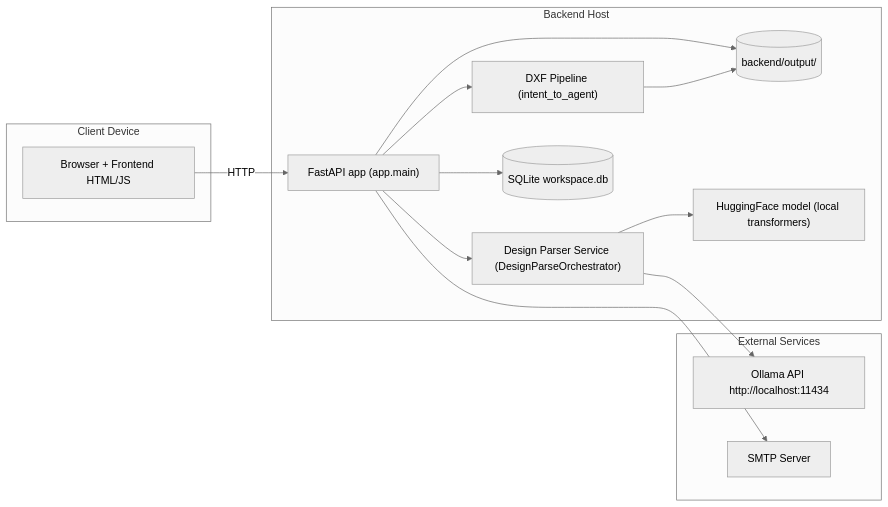
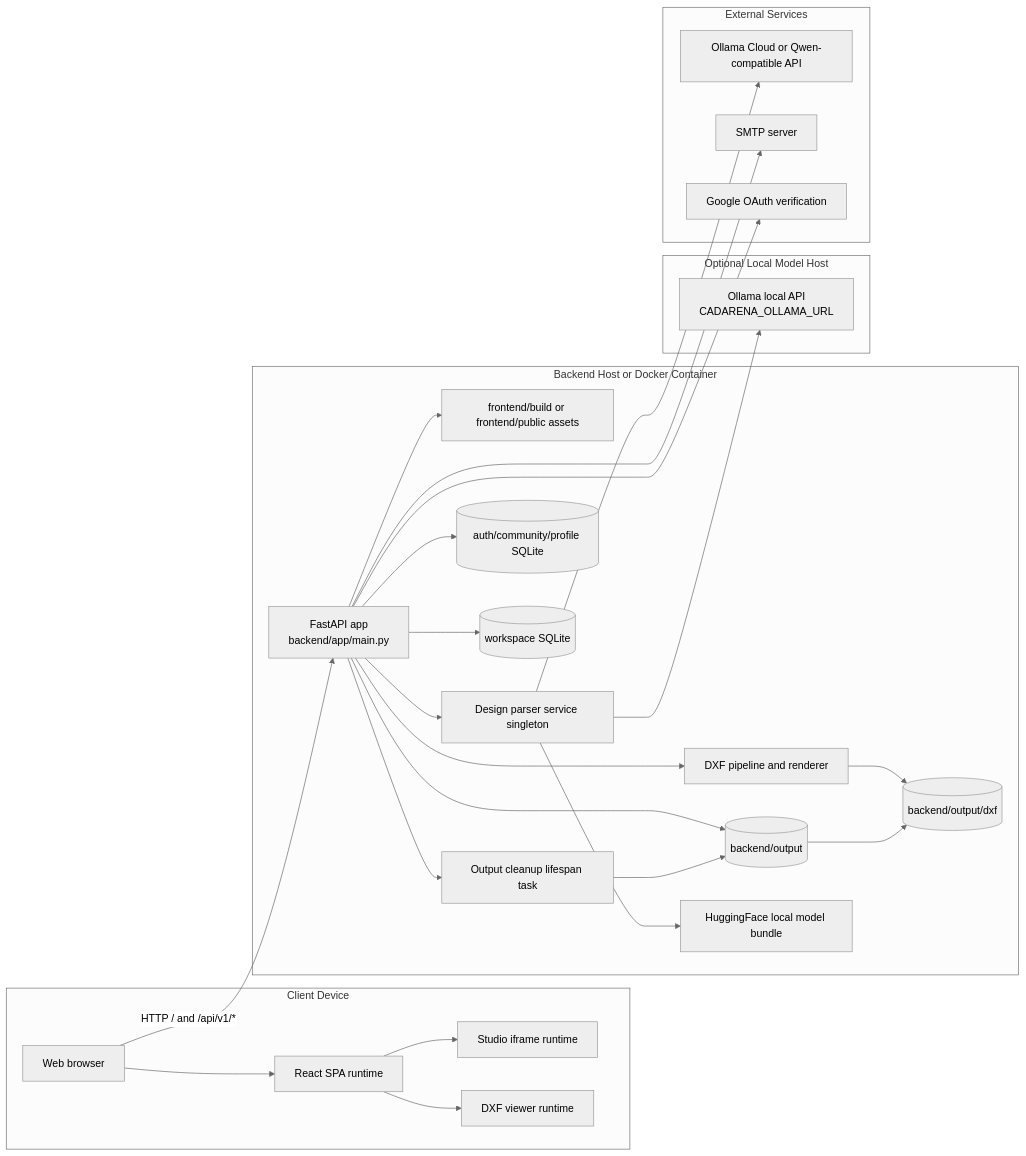
Before and after one commit to Youssefx64/CadArena: the diagram in docs/uml/structure/13_deployment_diagram.md, drawn with Mermaid (neutral theme). The commit also changed other lines of this file and 13 other files, not shown here.

````diff
--- a/docs/uml/structure/13_deployment_diagram.md
+++ b/docs/uml/structure/13_deployment_diagram.md
@@ -8,32 +8,55 @@
 ```mermaid
 flowchart LR
-    subgraph CLIENT["Client Device"]
-        BROWSER["Browser + Frontend HTML/JS"]
+    subgraph CLIENT_DEVICE["Client Device"]
+        BROWSER["Web browser"]
+        REACT_RUNTIME["React SPA runtime"]
+        STUDIO_RUNTIME["Studio iframe runtime"]
+        VIEWER_RUNTIME["DXF viewer runtime"]
     end
 
-    subgraph SERVER["Backend Host"]
-        FASTAPI["FastAPI app (app.main)"]
-        PARSER_SVC["Design Parser Service (DesignParseOrchestrator)"]
-        DXF_PIPELINE["DXF Pipeline (intent_to_agent)"]
-        OUTPUT_FS[("backend/output/")]
-        DB[("SQLite workspace.db")]
-        HF_LOCAL["HuggingFace model (local transformers)"]
+    subgraph BACKEND_HOST["Backend Host or Docker Container"]
+        FASTAPI["FastAPI app\nbackend/app/main.py"]
+        STATIC_ASSETS["frontend/build or frontend/public assets"]
+        PARSER_SERVICE["Design parser service singleton"]
+        DXF_PIPELINE["DXF pipeline and renderer"]
+        CLEANUP_TASK["Output cleanup lifespan task"]
+        SQLITE_AUTH[("auth/community/profile SQLite")]
+        SQLITE_WORKSPACE[("workspace SQLite")]
+        OUTPUT_DIR[("backend/output")]
+        DXF_DIR[("backend/output/dxf")]
+        HF_MODEL["HuggingFace local model bundle"]
     end
 
-    subgraph EXTERNAL["External Services"]
-        OLLAMA_API["Ollama API http://localhost:11434"]
-        SMTP_SERVER["SMTP Server"]
+    subgraph LOCAL_MODEL_HOST["Optional Local Model Host"]
+        OLLAMA_LOCAL["Ollama local API\nCADARENA_OLLAMA_URL"]
     end
 
-    BROWSER -->|HTTP| FASTAPI
-    FASTAPI --> PARSER_SVC
+    subgraph EXTERNAL_SERVICES["External Services"]
+        OLLAMA_CLOUD["Ollama Cloud or Qwen-compatible API"]
+        SMTP_SERVER["SMTP server"]
+        GOOGLE_OAUTH["Google OAuth verification"]
+    end
+
+    BROWSER --> REACT_RUNTIME
+    REACT_RUNTIME --> STUDIO_RUNTIME
+    REACT_RUNTIME --> VIEWER_RUNTIME
+    BROWSER -->|"HTTP / and /api/v1/*"| FASTAPI
+
+    FASTAPI --> STATIC_ASSETS
+    FASTAPI --> PARSER_SERVICE
     FASTAPI --> DXF_PIPELINE
-    FASTAPI --> DB
-    FASTAPI --> OUTPUT_FS
+    FASTAPI --> SQLITE_AUTH
+    FASTAPI --> SQLITE_WORKSPACE
+    FASTAPI --> OUTPUT_DIR
+    FASTAPI --> CLEANUP_TASK
 
-    PARSER_SVC --> HF_LOCAL
-    PARSER_SVC --> OLLAMA_API
+    PARSER_SERVICE --> HF_MODEL
+    PARSER_SERVICE --> OLLAMA_LOCAL
+    PARSER_SERVICE --> OLLAMA_CLOUD
+    FASTAPI --> SMTP_SERVER
+    FASTAPI --> GOOGLE_OAUTH
 
-    FASTAPI --> SMTP_SERVER
-    DXF_PIPELINE --> OUTPUT_FS
+    DXF_PIPELINE --> DXF_DIR
+    OUTPUT_DIR --> DXF_DIR
+    CLEANUP_TASK --> OUTPUT_DIR
 ```
````
